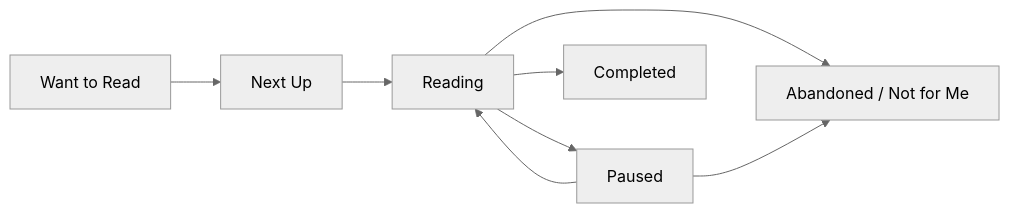
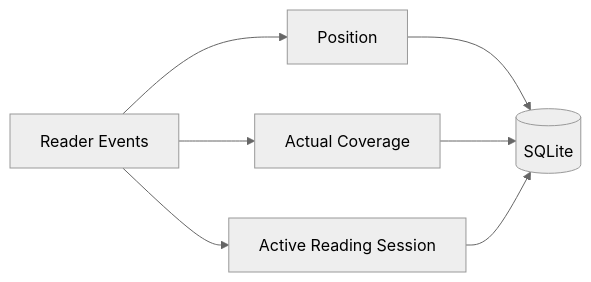
Before and after one commit to aaditya140103/kola: the eighth of 11 diagrams in docs/PROJECT_GRAPH.md, drawn with Mermaid (neutral theme). The commit also changed other lines of this file, not shown here.

Commit message:
docs: update compact architecture graph for pdf reader

````diff
--- a/docs/PROJECT_GRAPH.md
+++ b/docs/PROJECT_GRAPH.md
@@ -246,15 +199,12 @@
 ```mermaid
 flowchart LR
-    Want[Want to Read]
-    Next[Next Up]
-    Reading[Reading]
-    Paused[Paused]
-    Done[Completed]
-    Abandoned[Abandoned / Not for Me]
+    Events[Reader Events]
+    Position[Position]
+    Coverage[Actual Coverage]
+    Session[Active Reading Session]
+    DB[(SQLite)]
 
-    Want --> Next --> Reading
-    Reading --> Paused --> Reading
-    Reading --> Done
-    Reading --> Abandoned
-    Paused --> Abandoned
+    Events --> Position --> DB
+    Events --> Coverage --> DB
+    Events --> Session --> DB
 ```
````
